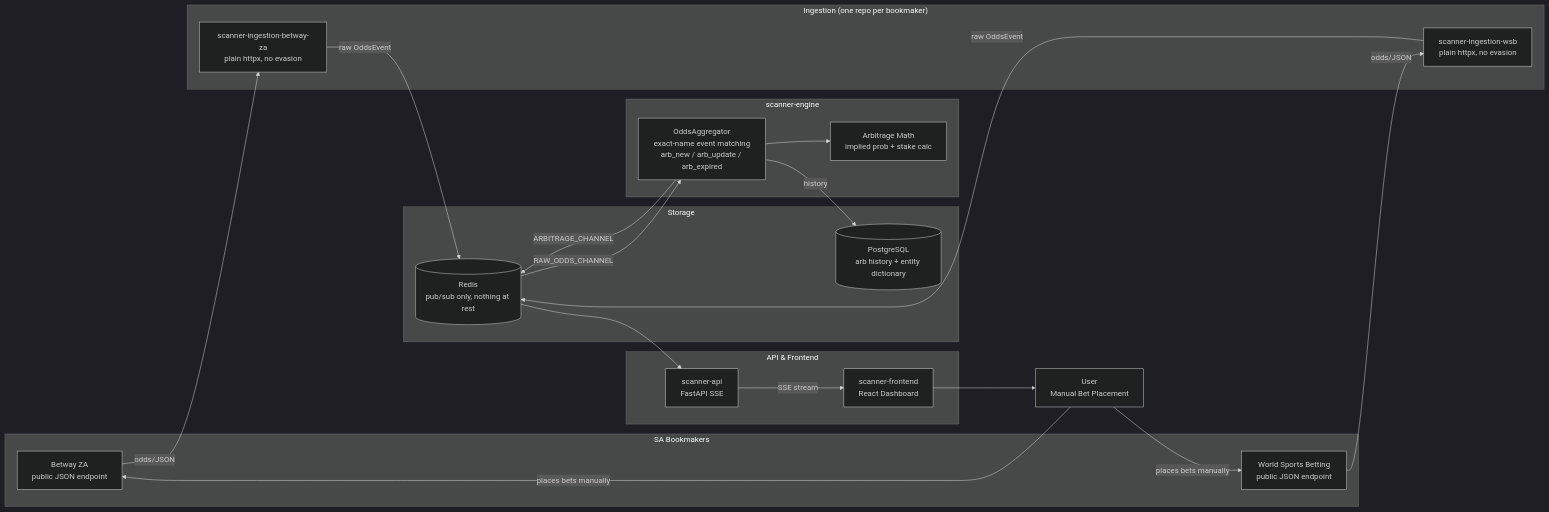
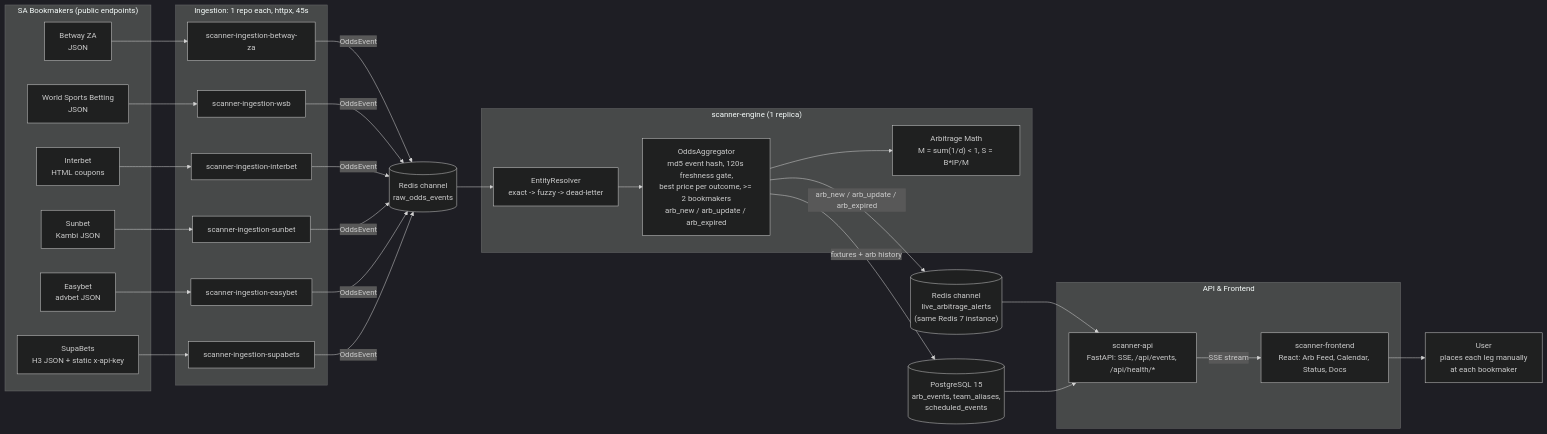
One commit to MadunaCapital/scanner-schemas changed the first of 6 diagrams in docs/architecture-diagrams.md. Above: the diagram before and after it, drawn with Mermaid (dark theme). The commit also changed other lines of this file and 2 other files, not shown here.

First line of the commit message:
Bring as-built doc and architecture diagrams up to date

````diff
--- a/docs/architecture-diagrams.md
+++ b/docs/architecture-diagrams.md
@@ -7,43 +7,54 @@
 ```mermaid
 flowchart LR
-    subgraph Sources["SA Bookmakers"]
-        BM1["Betway ZA<br/>public JSON endpoint"]
-        BM2["World Sports Betting<br/>public JSON endpoint"]
+    subgraph Sources["SA Bookmakers (public endpoints)"]
+        BM1["Betway ZA<br/>JSON"]
+        BM2["World Sports Betting<br/>JSON"]
+        BM3["Interbet<br/>HTML coupons"]
+        BM4["Sunbet<br/>Kambi JSON"]
+        BM5["Easybet<br/>advbet JSON"]
+        BM6["SupaBets<br/>H3 JSON + static x-api-key"]
     end
 
-    subgraph Ingestion["Ingestion (one repo per bookmaker)"]
-        SC1["scanner-ingestion-betway-za<br/>plain httpx, no evasion"]
-        SC2["scanner-ingestion-wsb<br/>plain httpx, no evasion"]
+    subgraph Ingestion["Ingestion: 1 repo each, httpx, 45s"]
+        SC1["scanner-ingestion-betway-za"]
+        SC2["scanner-ingestion-wsb"]
+        SC3["scanner-ingestion-interbet"]
+        SC4["scanner-ingestion-sunbet"]
+        SC5["scanner-ingestion-easybet"]
+        SC6["scanner-ingestion-supabets"]
     end
 
-    subgraph Engine["scanner-engine"]
-        AGG["OddsAggregator<br/>exact-name event matching<br/>arb_new / arb_update / arb_expired"]
-        MATH["Arbitrage Math<br/>implied prob + stake calc"]
+    subgraph Engine["scanner-engine (1 replica)"]
+        ER["EntityResolver<br/>exact -> fuzzy -> dead-letter"]
+        AGG["OddsAggregator<br/>md5 event hash, 120s freshness gate,<br/>best price per outcome, >= 2 bookmakers<br/>arb_new / arb_update / arb_expired"]
+        MATH["Arbitrage Math<br/>M = sum(1/d) < 1, S = B*IP/M"]
     end
 
-    subgraph Storage["Storage"]
-        REDIS[("Redis<br/>pub/sub only, nothing at rest")]
-        PG[("PostgreSQL<br/>arb history + entity dictionary")]
+    REDIS[("Redis channel<br/>raw_odds_events")]
+    REDIS2[("Redis channel<br/>live_arbitrage_alerts<br/>(same Redis 7 instance)")]
+    PG[("PostgreSQL 15<br/>arb_events, team_aliases,<br/>scheduled_events")]
+
+    subgraph Delivery["API & Frontend"]
+        API["scanner-api<br/>FastAPI: SSE, /api/events, /api/health/*"]
+        UI["scanner-frontend<br/>React: Arb Feed, Calendar, Status, Docs"]
     end
 
-    subgraph Delivery["API & Frontend"]
-        API["scanner-api<br/>FastAPI SSE"]
-        UI["scanner-frontend<br/>React Dashboard"]
-    end
+    USER["User<br/>places each leg manually<br/>at each bookmaker"]
 
-    USER["User<br/>Manual Bet Placement"]
-
-    BM1 -->|odds/JSON| SC1
-    BM2 -->|odds/JSON| SC2
-    SC1 -->|raw OddsEvent| REDIS
-    SC2 -->|raw OddsEvent| REDIS
-    REDIS -->|RAW_ODDS_CHANNEL| AGG
+    BM1 --> SC1
+    BM2 --> SC2
+    BM3 --> SC3
+    BM4 --> SC4
+    BM5 --> SC5
+    BM6 --> SC6
+    SC1 & SC2 & SC3 & SC4 & SC5 & SC6 -->|OddsEvent| REDIS
+    REDIS --> ER
+    ER --> AGG
     AGG --> MATH
-    AGG -->|history| PG
-    AGG -->|ARBITRAGE_CHANNEL| REDIS
-    REDIS --> API
+    AGG -->|fixtures + arb history| PG
+    AGG -->|arb_new / arb_update / arb_expired| REDIS2
+    REDIS2 --> API
+    PG --> API
     API -->|SSE stream| UI
     UI --> USER
-    USER -->|places bets manually| BM1
-    USER -->|places bets manually| BM2
 ```
````
